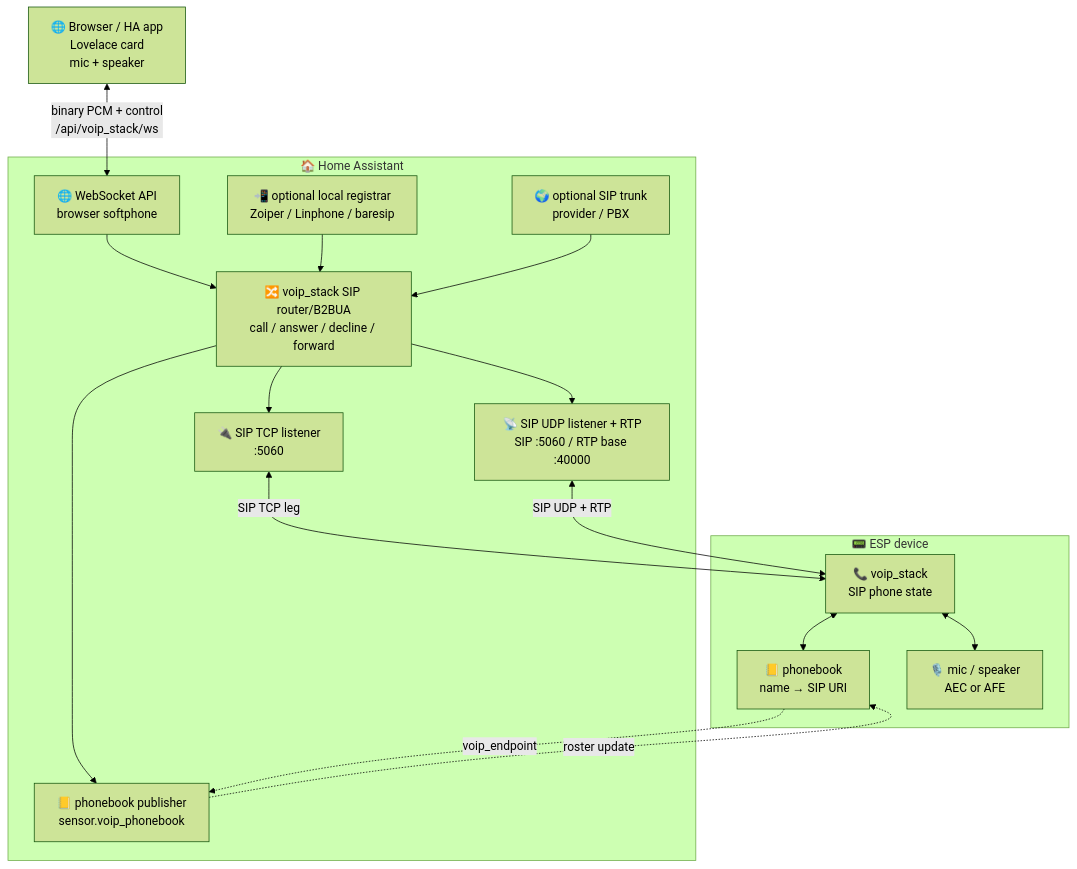
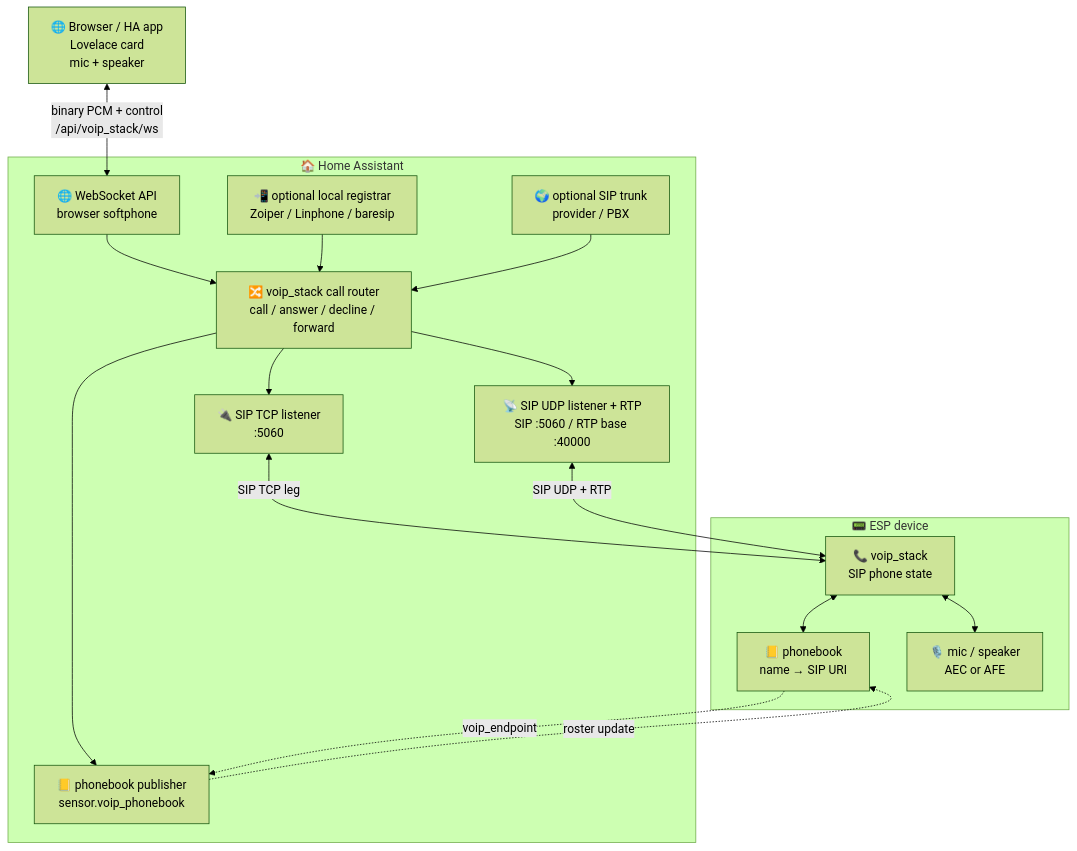
The first of 6 diagrams in README.md (csfrussa/esphome-intercom), drawn with Mermaid (forest theme) before and after one commit. The commit also changed other lines of this file and 2 other files, not shown here.

Commit message:
Document VoIP Stack capabilities

````diff
--- a/README.md
+++ b/README.md
@@ -517,34 +496,34 @@
 ```mermaid
 flowchart TD
     Browser["🌐 Browser / HA app<br/>Lovelace card<br/>mic + speaker"]
 
     subgraph HA["🏠 Home Assistant"]
         WS["🌐 WebSocket API<br/>browser softphone"]
-        Router["🔀 voip_stack SIP router/B2BUA<br/>call / answer / decline / forward"]
+        Router["🔀 voip_stack call router<br/>call / answer / decline / forward"]
         Roster["📒 phonebook publisher<br/>sensor.voip_phonebook"]
         Registrar["📲 optional local registrar<br/>Zoiper / Linphone / baresip"]
         Trunk["🌍 optional SIP trunk<br/>provider / PBX"]
         TCP["🔌 SIP TCP listener<br/>:5060"]
         UDP["📡 SIP UDP listener + RTP<br/>SIP :5060 / RTP base :40000"]
     end
 
     subgraph ESP["📟 ESP device"]
         FSM["📞 voip_stack<br/>SIP phone state"]
         Book["📒 phonebook<br/>name → SIP URI"]
         Audio["🎙️ mic / speaker<br/>AEC or AFE"]
     end
 
     Browser <-->|"binary PCM + control<br/>/api/voip_stack/ws"| WS
     WS --> Router
     Registrar --> Router
     Trunk --> Router
     Router --> TCP
     Router --> UDP
     Router --> Roster
     Book -. "voip_endpoint" .-> Roster
     Roster -. "roster update" .-> Book
     TCP <-->|"SIP TCP leg"| FSM
     UDP <-->|"SIP UDP + RTP"| FSM
     FSM <--> Book
     FSM <--> Audio
 ```
````
